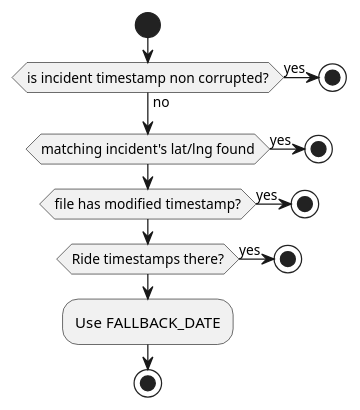
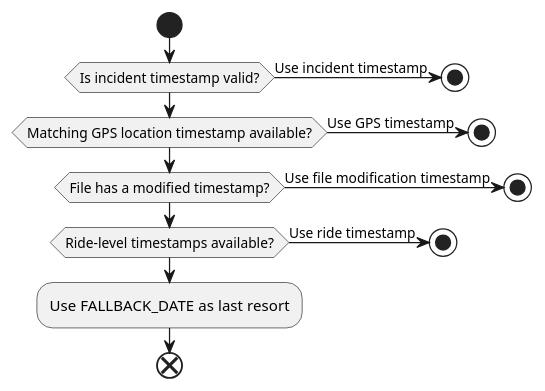
The diagram in documentation/uml/CalculateIncidentTimestamp.puml (KonsumGandalf/simra), drawn with PlantUML before and after one commit. The commit also changed 60 other files, not shown here.

```diff
--- a/documentation/uml/CalculateIncidentTimestamp.puml
+++ b/documentation/uml/CalculateIncidentTimestamp.puml
@@ -1,23 +1,22 @@
 @startuml
 start
 
-if (is incident timestamp non corrupted?) then (yes)
-    stop
-else (no)
-endif
-
-if (matching incident's lat/lng found) then (yes)
+if (Is incident timestamp valid?) then (Use incident timestamp)
     stop
 endif
 
-if (file has modified timestamp?) then (yes)
+if (Matching GPS location timestamp available?) then (Use GPS timestamp)
     stop
 endif
 
-if (Ride timestamps there?) then (yes)
+if (File has a modified timestamp?) then (Use file modification timestamp)
     stop
 endif
 
-:Use FALLBACK_DATE;
-stop
+if (Ride-level timestamps available?) then (Use ride timestamp)
+    stop
+endif
+
+:Use FALLBACK_DATE as last resort;
+end
 @enduml
```
